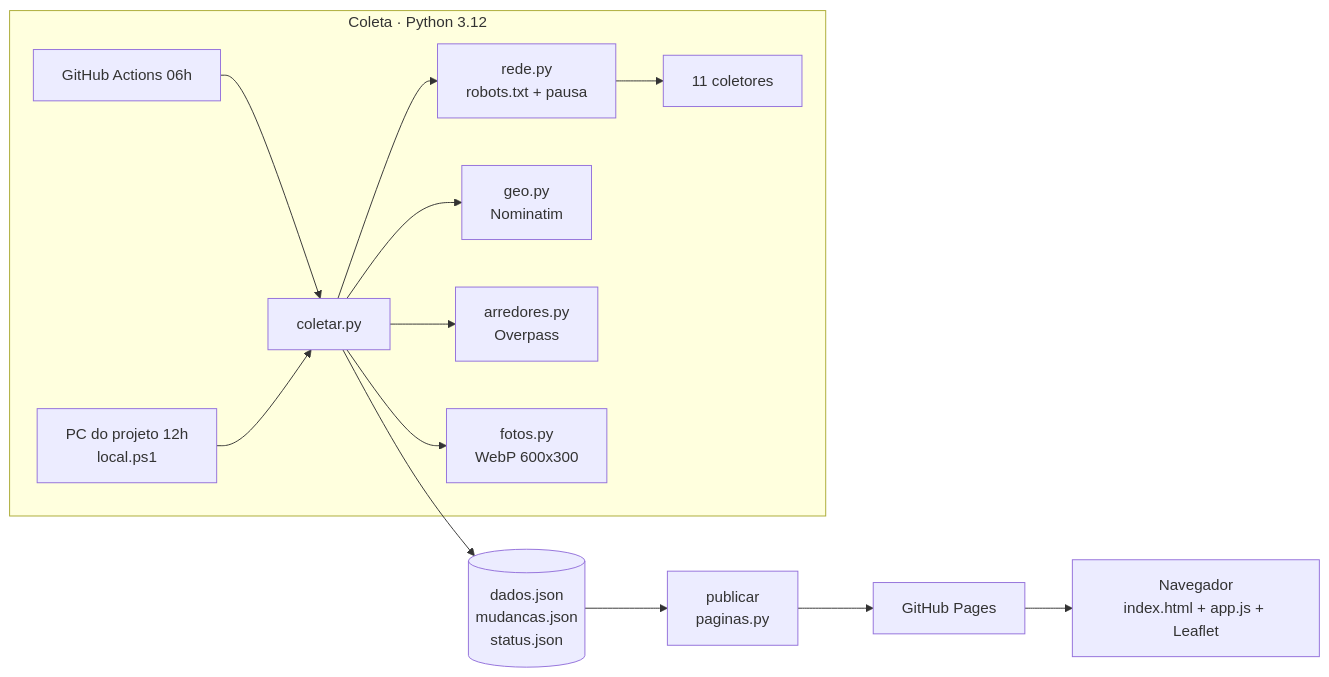
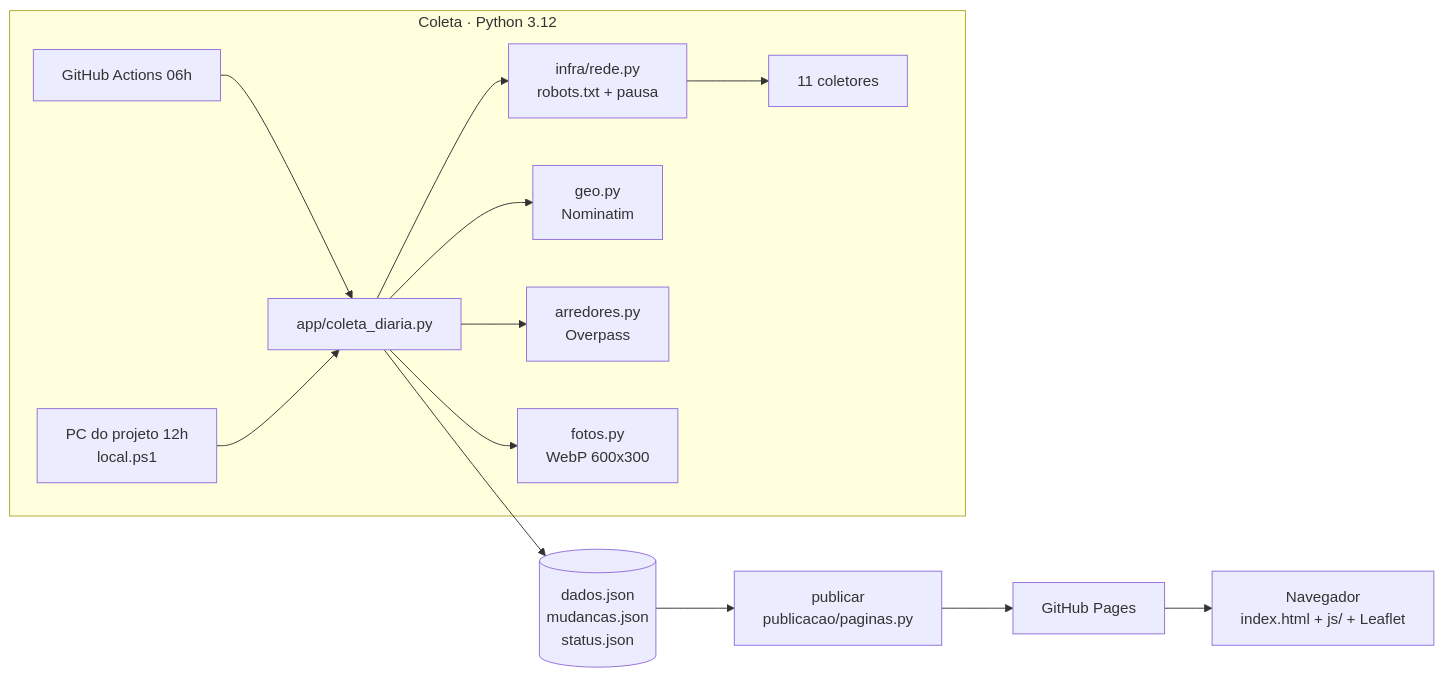
Before and after one commit to yH3rcul3Sy/naplanta: the diagram in docs/TRD.md, drawn with Mermaid. The commit also changed other lines of this file and 55 other files, not shown here.

````diff
--- a/docs/TRD.md
+++ b/docs/TRD.md
@@ -9,16 +9,16 @@
 ```mermaid
 flowchart LR
     subgraph Coleta [Coleta · Python 3.12]
-      A[GitHub Actions 06h] --> C[coletar.py]
+      A[GitHub Actions 06h] --> C[app/coleta_diaria.py]
       L[PC do projeto 12h<br>local.ps1] --> C
-      C --> R[rede.py<br>robots.txt + pausa]
+      C --> R[infra/rede.py<br>robots.txt + pausa]
       R --> F[11 coletores]
       C --> G[geo.py<br>Nominatim]
       C --> AR[arredores.py<br>Overpass]
       C --> FO[fotos.py<br>WebP 600x300]
     end
     C --> J[(dados.json<br>mudancas.json<br>status.json)]
-    J --> P[publicar<br>paginas.py]
+    J --> P[publicar<br>publicacao/paginas.py]
     P --> GH[GitHub Pages]
-    GH --> U[Navegador<br>index.html + app.js + Leaflet]
+    GH --> U[Navegador<br>index.html + js/ + Leaflet]
 ```
````
